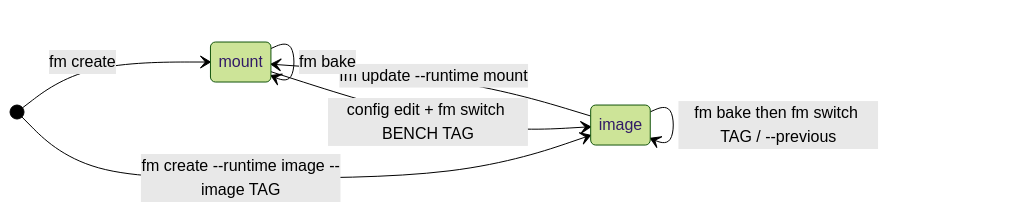
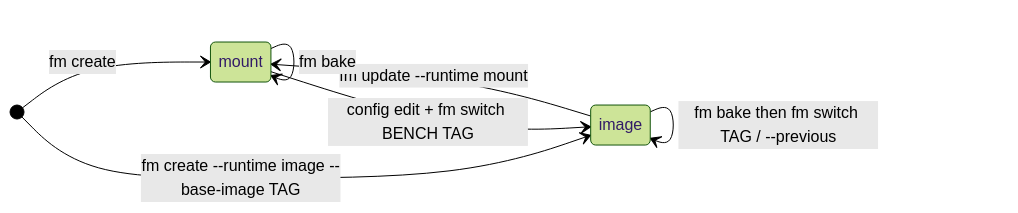
Before and after one commit to rtCamp/Frappe-Manager: the diagram in docs/concepts/runtimes.md, drawn with Mermaid (forest theme). The commit also changed other lines of this file and 9 other files, not shown here.

````diff
--- a/docs/concepts/runtimes.md
+++ b/docs/concepts/runtimes.md
@@ -40,10 +42,10 @@
 ```mermaid
 stateDiagram-v2
     direction LR
     [*] --> mount : fm create
-    [*] --> image : fm create --runtime image --image TAG
+    [*] --> image : fm create --runtime image --base-image TAG
     mount --> image : config edit + fm switch BENCH TAG
     image --> mount : fm update --runtime mount
     mount --> mount : fm bake
     image --> image : fm bake then fm switch TAG / --previous
 ```
````
